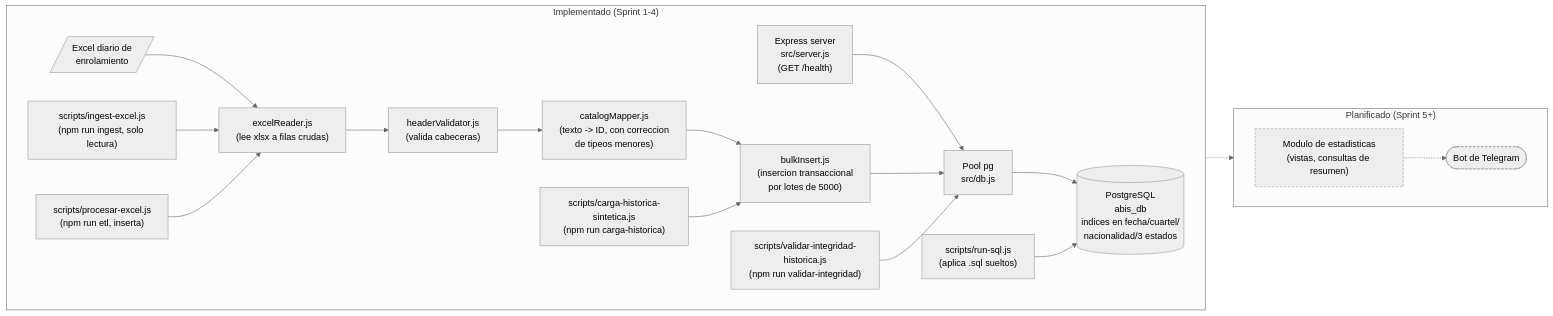
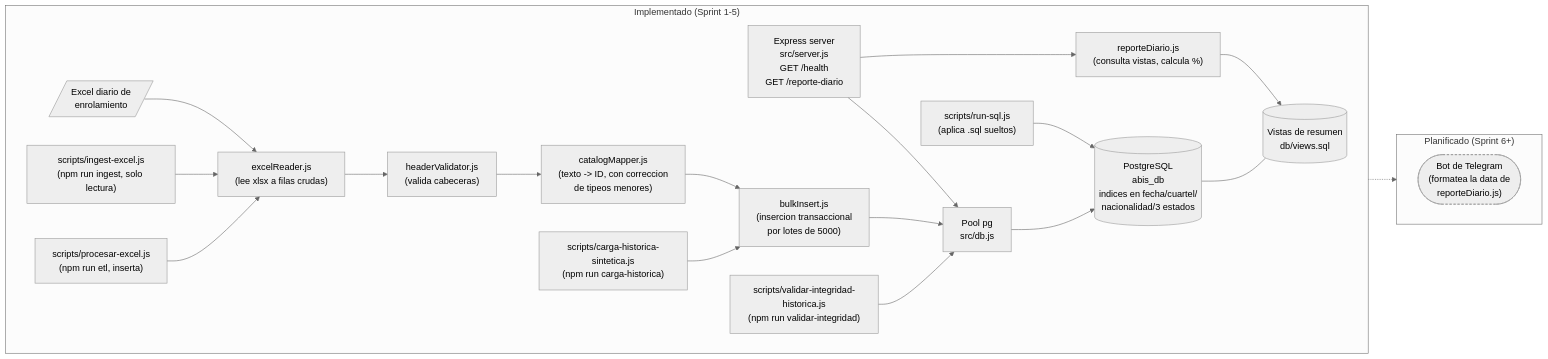
One commit to NicolasPonceH/Abis-Analisis changed the diagram in docs/diagramas/arquitectura.md. Above: the diagram before and after it, drawn with Mermaid (neutral theme). The commit also changed other lines of this file and 11 other files, not shown here.

Commit message:
Sprint 5: vistas SQL de resumen y endpoint GET /reporte-diario

````diff
--- a/docs/diagramas/arquitectura.md
+++ b/docs/diagramas/arquitectura.md
@@ -6,39 +6,42 @@
 ```mermaid
 flowchart LR
-    subgraph impl["Implementado (Sprint 1-4)"]
+    subgraph impl["Implementado (Sprint 1-5)"]
         direction LR
-        API["Express server<br/>src/server.js<br/>(GET /health)"]
+        API["Express server<br/>src/server.js<br/>GET /health<br/>GET /reporte-diario"]
         POOL["Pool pg<br/>src/db.js"]
         DB[("PostgreSQL<br/>abis_db<br/>indices en fecha/cuartel/<br/>nacionalidad/3 estados")]
+        VIEWS[("Vistas de resumen<br/>db/views.sql")]
+        REPORTE["reporteDiario.js<br/>(consulta vistas, calcula %)"]
         RUNSQL["scripts/run-sql.js<br/>(aplica .sql sueltos)"]
         EXCEL[/"Excel diario de<br/>enrolamiento"/]
         READER["excelReader.js<br/>(lee xlsx a filas crudas)"]
         VALID["headerValidator.js<br/>(valida cabeceras)"]
         MAP["catalogMapper.js<br/>(texto -> ID, con correccion<br/>de tipeos menores)"]
         BULKINSERT["bulkInsert.js<br/>(insercion transaccional<br/>por lotes de 5000)"]
         CLI["scripts/ingest-excel.js<br/>(npm run ingest, solo lectura)"]
         CLIETL["scripts/procesar-excel.js<br/>(npm run etl, inserta)"]
         SINTETICO["scripts/carga-historica-sintetica.js<br/>(npm run carga-historica)"]
         INTEGRIDAD["scripts/validar-integridad-historica.js<br/>(npm run validar-integridad)"]
 
         API --> POOL --> DB
+        DB --- VIEWS
+        API --> REPORTE --> VIEWS
         RUNSQL --> DB
         EXCEL --> READER --> VALID --> MAP
         MAP --> BULKINSERT --> POOL
         CLI --> READER
         CLIETL --> READER
         SINTETICO --> BULKINSERT
         INTEGRIDAD --> POOL
     end
 
-    subgraph plan["Planificado (Sprint 5+)"]
+    subgraph plan["Planificado (Sprint 6+)"]
         direction LR
-        STATS["Modulo de estadisticas<br/>(vistas, consultas de resumen)"]
-        TG(["Bot de Telegram"])
+        TG(["Bot de Telegram<br/>(formatea la data de<br/>reporteDiario.js)"])
     end
 
-    DB -.-> STATS -.-> TG
+    REPORTE -.-> TG
 
     classDef planned stroke-dasharray: 4 3
-    class STATS,TG planned
+    class TG planned
 ```
````
